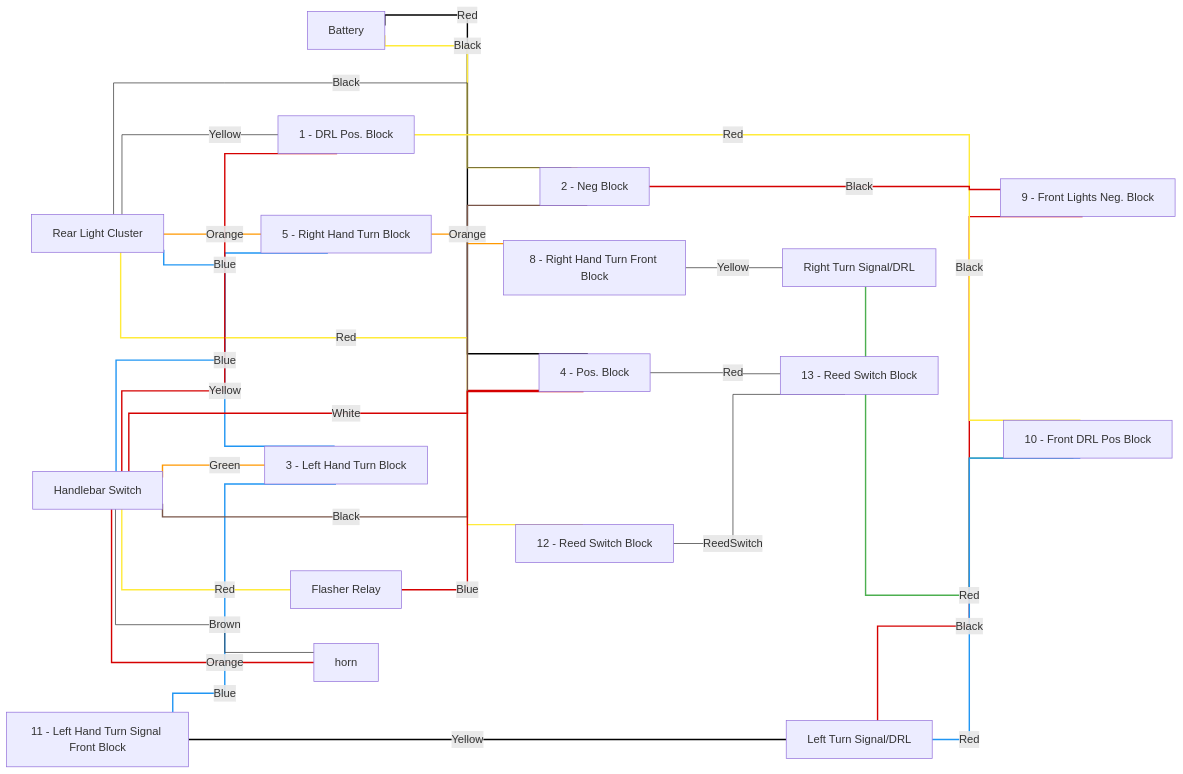
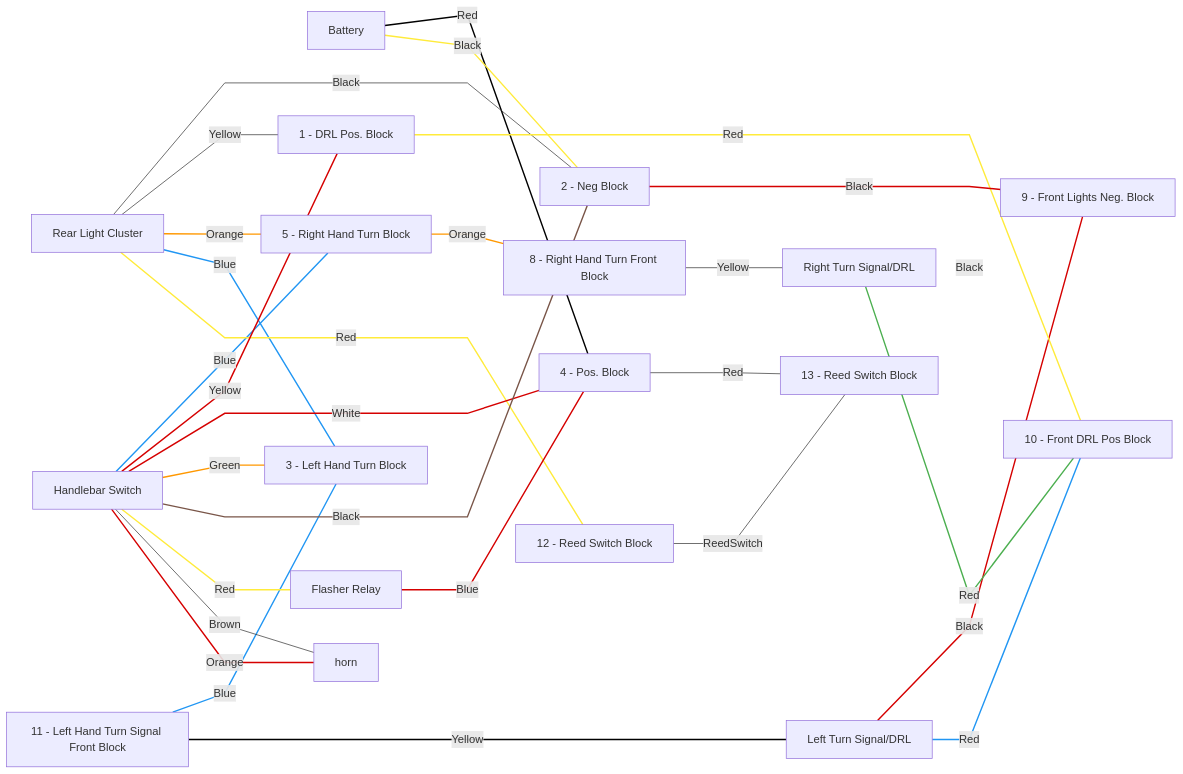
One commit to ElectricElk/schwinn-ss changed the diagram in wiring.md. Above: the diagram before and after it, drawn with Mermaid.

````diff
--- a/wiring.md
+++ b/wiring.md
@@ -1,74 +1,74 @@
 ```mermaid
-%%{init: {'flowchart' : {'curve' : 'stepBefore'}}}%%
+%%{init: {'flowchart' : {'curve' : 'linear'}}}%%
  
 flowchart LR  
     battery[Battery] -- Red --- node4  
     battery -- Black --- node2  
     rc1[Rear Light Cluster] -- Black --- node2[2 - Neg Block]  
     rc1 -- Yellow --- node1[1 - DRL Pos. Block]    
     rc1 -- Orange --- node5[5 - Right Hand Turn Block]  
     node5 -- Orange --- node8[8 - Right Hand Turn Front Block]  
     sw1 -- Blue --- node5    
     rc1 -- Blue --- node3[3]  
     node11[11 - Left Hand Turn Signal Front Block] -- Blue --- node3[3 - Left Hand Turn Block]   
     rc1 -- Red --- node12[12 - Reed Switch Block]  
       
     node11 -- Yellow --- lts[Left Turn Signal/DRL]  
     rts -- Black --- node9  
     lts -- Black --- node9  
     rts -- Red --- node10  
     lts -- Red --- node10  
     sw1[Handlebar Switch] -- Yellow --- node1    
     sw1 -- White --- node4[4 - Pos. Block]   
     sw1 -- Green --- node3    
     sw1 -- Black --- node2    
     sw1 -- Red --- fr[Flasher Relay]    
     fr -- Blue --- node4    
     sw1 -- Brown --- node_horn[horn]    
     sw1 -- Orange --- node_horn    
     node1 -- Red --- node10[10 - Front DRL Pos Block]    
     node2 -- Black --- node9[9 - Front Lights Neg. Block]    
     node4 -- Red --- node13[13 - Reed Switch Block]  
     node8 -- Yellow --- rts[Right Turn Signal/DRL]  
     node12 -- ReedSwitch --- node13  
   
 %% Link Styles  
 %% Black  
 linkStyle 0 stroke:#000000,stroke-width:2px  
 linkStyle 1 stroke:#000000,stroke-width:2px  
 linkStyle 10 stroke:#000000,stroke-width:2px  
   
 %% Red  
 linkStyle 12 stroke:#D50000,stroke-width:2px  
 linkStyle 15 stroke:#D50000,stroke-width:2px  
 linkStyle 16 stroke:#D50000,stroke-width:2px  
 linkStyle 20 stroke:#D50000,stroke-width:2px  
 linkStyle 22 stroke:#D50000,stroke-width:2px  
 linkStyle 24 stroke:#D50000,stroke-width:2px  
   
 %% Yellow  
 linkStyle 1 stroke:#FFEB3B,stroke-width:2px  
 linkStyle 9 stroke:#FFEB3B,stroke-width:2px  
 linkStyle 19 stroke:#FFEB3B,stroke-width:2px  
 linkStyle 23 stroke:#FFEB3B,stroke-width:2px  
   
 %% Orange  
 linkStyle 4 stroke:#FF9800,stroke-width:2px  
 linkStyle 5 stroke:#FF9800,stroke-width:2px  
 linkStyle 17 stroke:#FF9800,stroke-width:2px  
   
 %% Blue  
 linkStyle 6 stroke:#2196F3,stroke-width:2px  
 linkStyle 7 stroke:#2196F3,stroke-width:2px  
 linkStyle 8 stroke:#2196F3,stroke-width:2px  
 linkStyle 14 stroke:#2196F3,stroke-width:2px  
   
 %% Green  
 linkStyle 13 stroke:#4CAF50,stroke-width:2px  
   
 %% Brown  
 linkStyle 18 stroke:#795548,stroke-width:2px  
   
 %% White  
 linkStyle 11 stroke:#FFFFFF,stroke-width:2px  
 ```  
````
